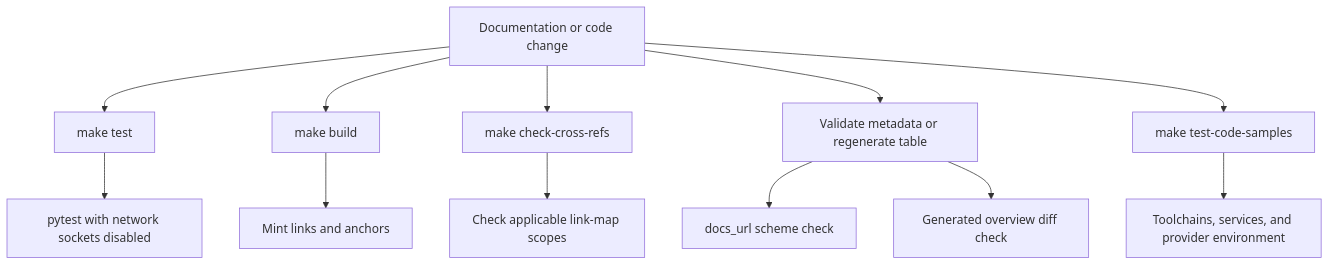
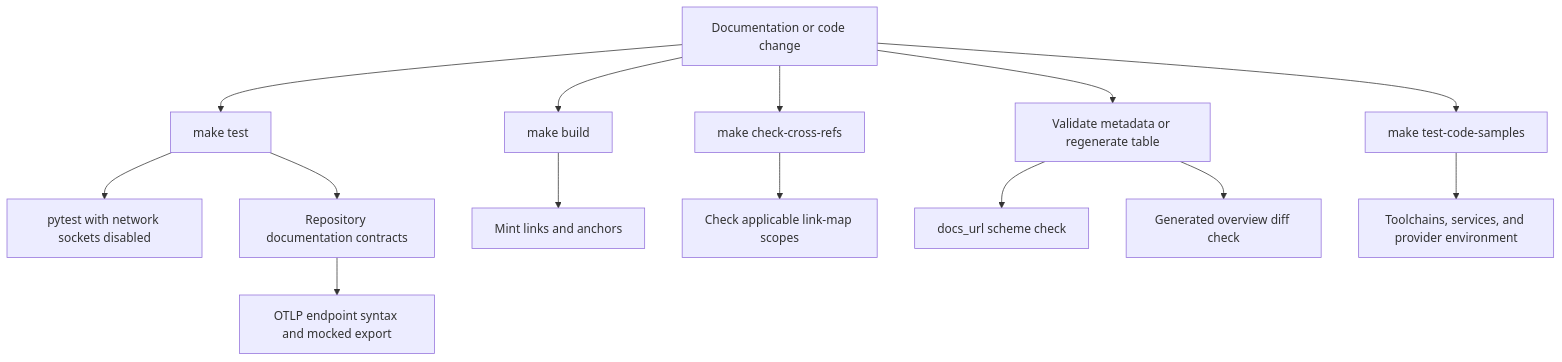
Before and after one commit to langchain-ai/docs: the diagram in openwiki/testing/test-overview.md, drawn with Mermaid. The commit also changed other lines of this file and 18 other files, not shown here.

````diff
--- a/openwiki/testing/test-overview.md
+++ b/openwiki/testing/test-overview.md
@@ -63,14 +67,16 @@
 ```mermaid
 flowchart TD
   Change["Documentation or code change"] --> Unit["make test"]
   Unit --> Isolated["pytest with network sockets disabled"]
+  Unit --> Contract["Repository documentation contracts"]
+  Contract --> OTel["OTLP endpoint syntax and mocked export"]
   Change --> Docs["make build"]
   Docs --> Mint["Mint links and anchors"]
   Change --> References["make check-cross-refs"]
   References --> Maps["Check applicable link-map scopes"]
   Change --> Metadata["Validate metadata or regenerate table"]
   Metadata --> SafeURL["docs_url scheme check"]
   Metadata --> Generated["Generated overview diff check"]
   Change --> Samples["make test-code-samples"]
   Samples --> Live["Toolchains, services, and provider environment"]
 ```
````
